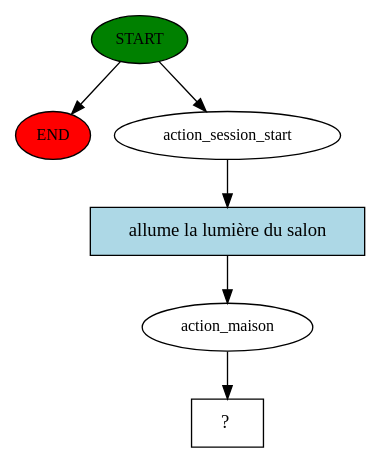
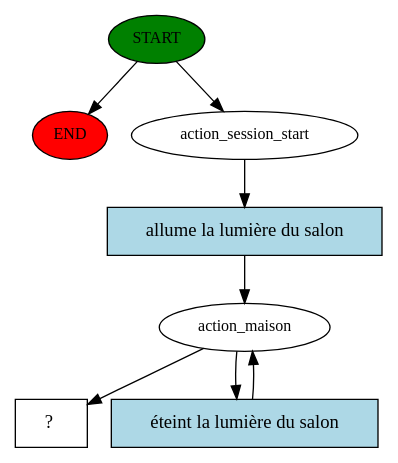
One commit to AlexandreLanglade/interaction_chatbot changed the diagram in rasa_chatbot/story_graph.dot. Above: the diagram before and after it, drawn with Graphviz. The commit also changed 3 other files, not shown here.

```diff
--- a/rasa_chatbot/story_graph.dot
+++ b/rasa_chatbot/story_graph.dot
@@ -1,13 +1,16 @@
 digraph  {
 0 [class="start active", fillcolor=green, fontsize=12, label=START, style=filled];
 "-1" [class=end, fillcolor=red, fontsize=12, label=END, style=filled];
 1 [class=active, fontsize=12, label=action_session_start];
 2 [class=active, fontsize=12, label=action_maison];
-3 [class="intent dashed active", label="  ?  ", shape=rect];
-4 [class="intent active", fillcolor=lightblue, label="allume la lumière du salon", shape=rect, style=filled];
+5 [class="intent dashed active", label="  ?  ", shape=rect];
+6 [class="intent active", fillcolor=lightblue, label="allume la lumière du salon", shape=rect, style=filled];
+7 [class="intent active", fillcolor=lightblue, label="éteint la lumière du salon", shape=rect, style=filled];
 0 -> "-1"  [class="", key=NONE, label=""];
 0 -> 1  [class=active, key=NONE, label=""];
-1 -> 4  [class=active, key=0];
-2 -> 3  [class=active, key=NONE, label=""];
-4 -> 2  [class=active, key=0];
+1 -> 6  [class=active, key=0];
+2 -> 5  [class=active, key=NONE, label=""];
+2 -> 7  [class=active, key=0];
+6 -> 2  [class=active, key=0];
+7 -> 2  [class=active, key=0];
 }
```
